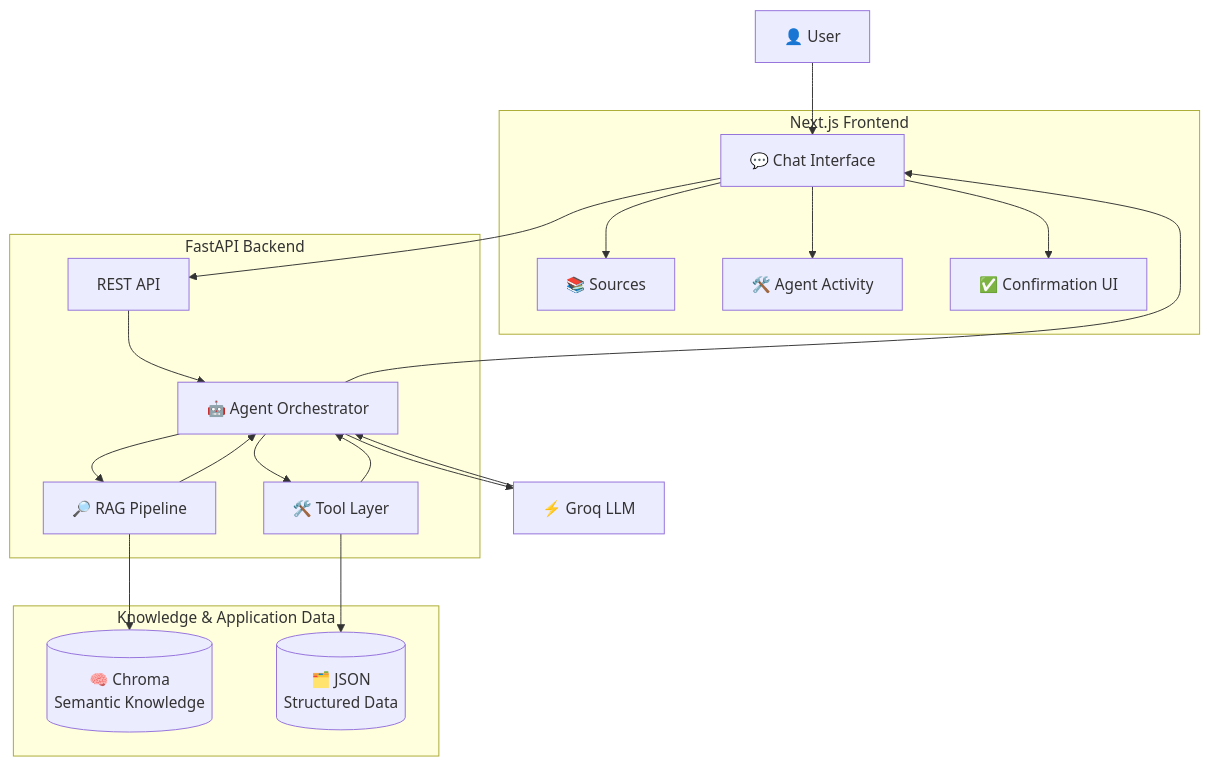
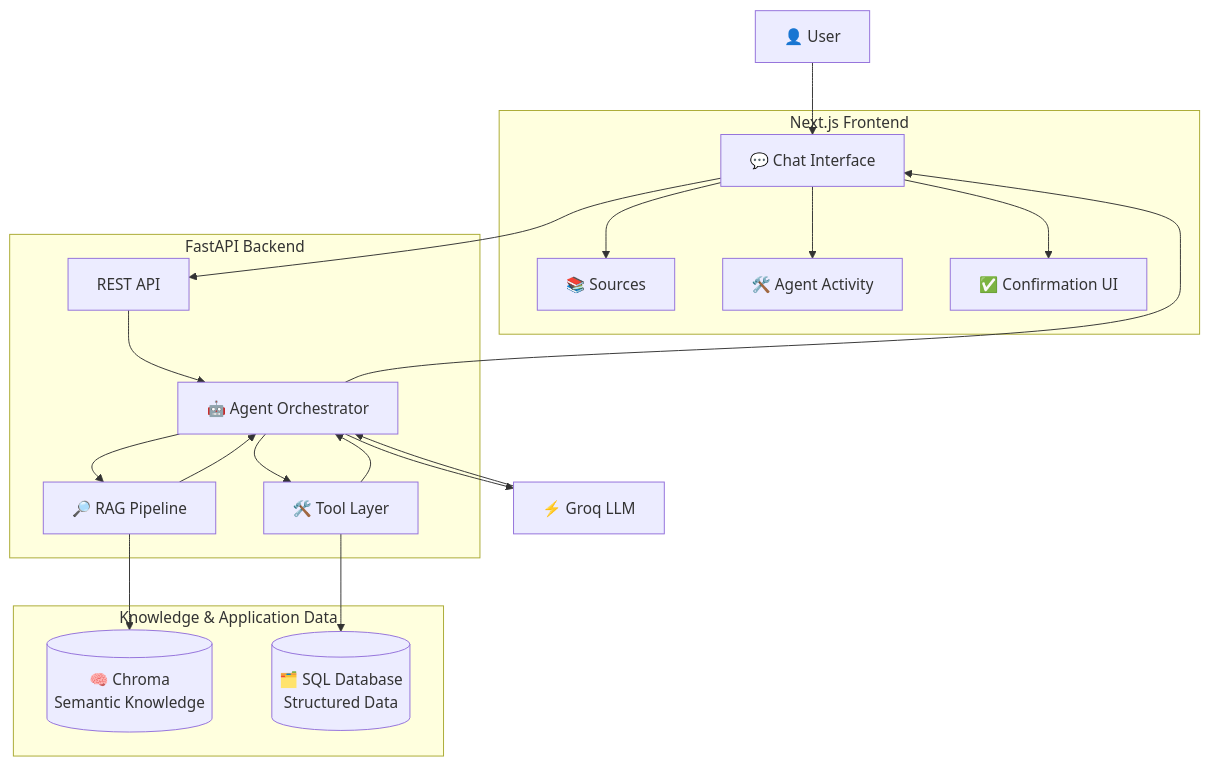
The third of 7 diagrams in README.md (varunaditya27/campus-copilot), drawn with Mermaid before and after one commit. The commit also changed other lines of this file and 28 other files, not shown here.

First line of the commit message:
feat: move structured data from JSON files to a SQL database

````diff
--- a/README.md
+++ b/README.md
@@ -116,43 +116,43 @@
 ```mermaid
 flowchart TB
     U[👤 User]
 
     subgraph FE[Next.js Frontend]
         CHAT[💬 Chat Interface]
         SRC[📚 Sources]
         ACT[🛠️ Agent Activity]
         CONF[✅ Confirmation UI]
     end
 
     subgraph BE[FastAPI Backend]
         API[REST API]
         AGENT[🤖 Agent Orchestrator]
         RAG[🔎 RAG Pipeline]
         TOOLS[🛠️ Tool Layer]
     end
 
     subgraph DATA[Knowledge & Application Data]
         CHROMA[("🧠 Chroma<br/>Semantic Knowledge")]
-        JSON[("🗂️ JSON<br/>Structured Data")]
+        JSON[("🗂️ SQL Database<br/>Structured Data")]
     end
 
     GROQ[⚡ Groq LLM]
 
     U --> CHAT
     CHAT --> API
     API --> AGENT
 
     AGENT --> RAG
     RAG --> CHROMA
     AGENT --> GROQ
     GROQ --> AGENT
     AGENT --> TOOLS
     TOOLS --> JSON
     TOOLS --> AGENT
     RAG --> AGENT
 
     AGENT --> CHAT
     CHAT --> SRC
     CHAT --> ACT
     CHAT --> CONF
 ```
````
